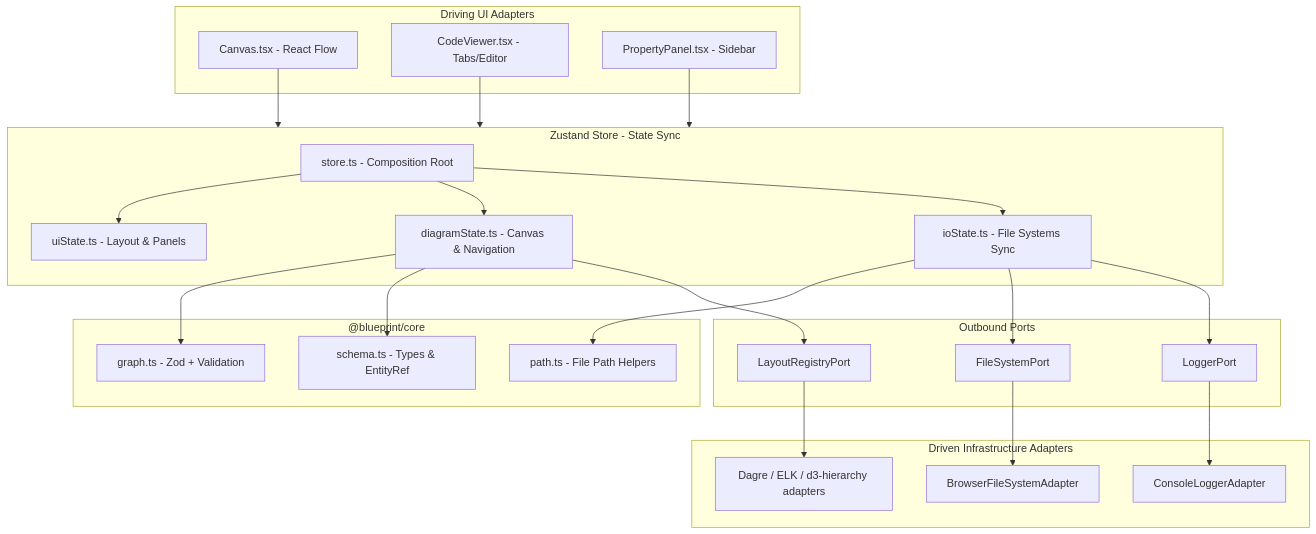
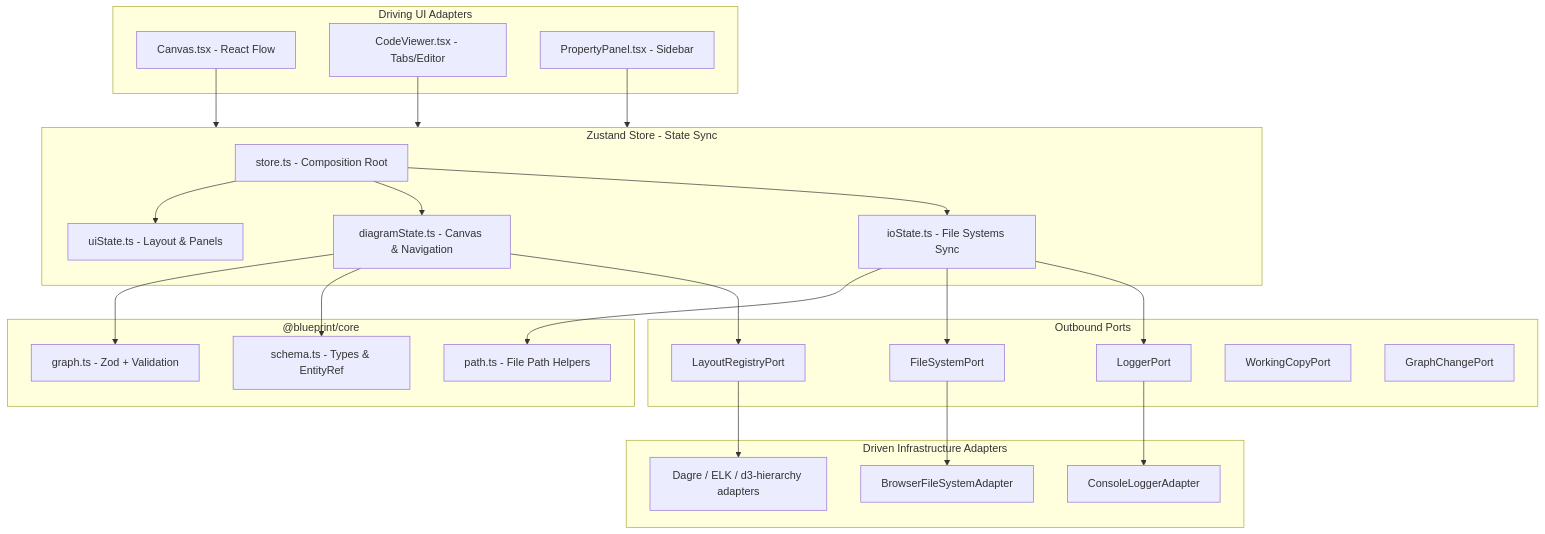
The first of 2 diagrams in docs/architecture.md (mzworthington/blueprint), drawn with Mermaid before and after one commit. The commit also changed other lines of this file and 48 other files, not shown here.

Commit message:
feat: implement force relayout option in layout pass and enhance schema merging to preserve forensics and properties during overwrites

````diff
--- a/docs/architecture.md
+++ b/docs/architecture.md
@@ -11,49 +11,51 @@
 ```mermaid
 graph TD
     subgraph Driving [Driving UI Adapters]
         Canvas[Canvas.tsx - React Flow]
         CodeViewer[CodeViewer.tsx - Tabs/Editor]
         PropertyPanel[PropertyPanel.tsx - Sidebar]
     end
 
     subgraph Store [Zustand Store - State Sync]
         StoreEntry[store.ts - Composition Root]
         UiState[uiState.ts - Layout & Panels]
         DiagramState[diagramState.ts - Canvas & Navigation]
         IoState[ioState.ts - File Systems Sync]
         StoreEntry --> UiState
         StoreEntry --> DiagramState
         StoreEntry --> IoState
     end
 
     subgraph Core ["@blueprint/core"]
         DomainSchema[schema.ts - Types & EntityRef]
         DomainGraph[graph.ts - Zod + Validation]
         DomainPath[path.ts - File Path Helpers]
     end
 
     subgraph Ports [Outbound Ports]
         FSPort[FileSystemPort]
         LoggerPort[LoggerPort]
         LayoutRegistry[LayoutRegistryPort]
+        WorkingCopy[WorkingCopyPort]
+        GraphChange[GraphChangePort]
     end
 
     subgraph Driven [Driven Infrastructure Adapters]
         FSAdapter[BrowserFileSystemAdapter]
         LogAdapter[ConsoleLoggerAdapter]
         LayoutAdapters[Dagre / ELK / d3-hierarchy adapters]
     end
 
     Canvas --> Store
     CodeViewer --> Store
     PropertyPanel --> Store
     DiagramState --> DomainGraph
     DiagramState --> DomainSchema
     IoState --> DomainPath
     IoState --> FSPort
     IoState --> LoggerPort
     DiagramState --> LayoutRegistry
     FSPort --> FSAdapter
     LoggerPort --> LogAdapter
     LayoutRegistry --> LayoutAdapters
 ```
````
